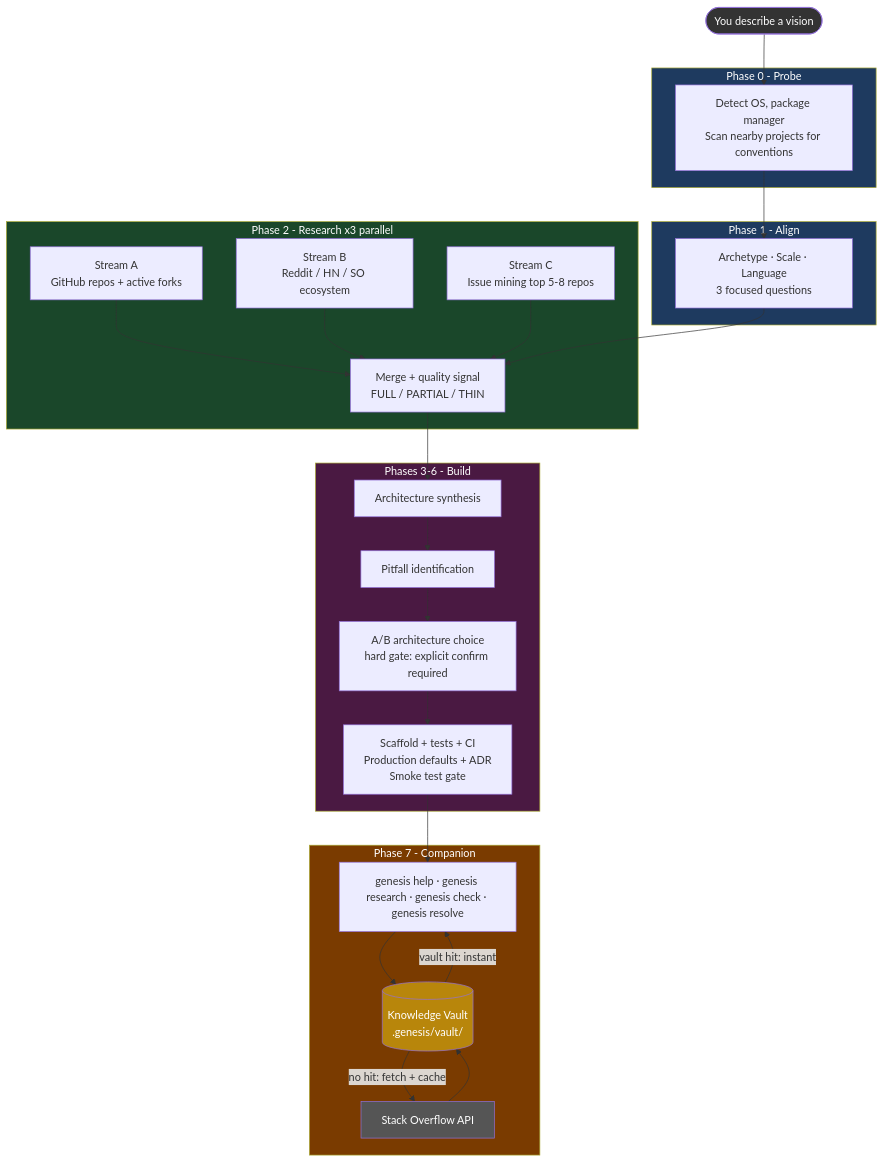
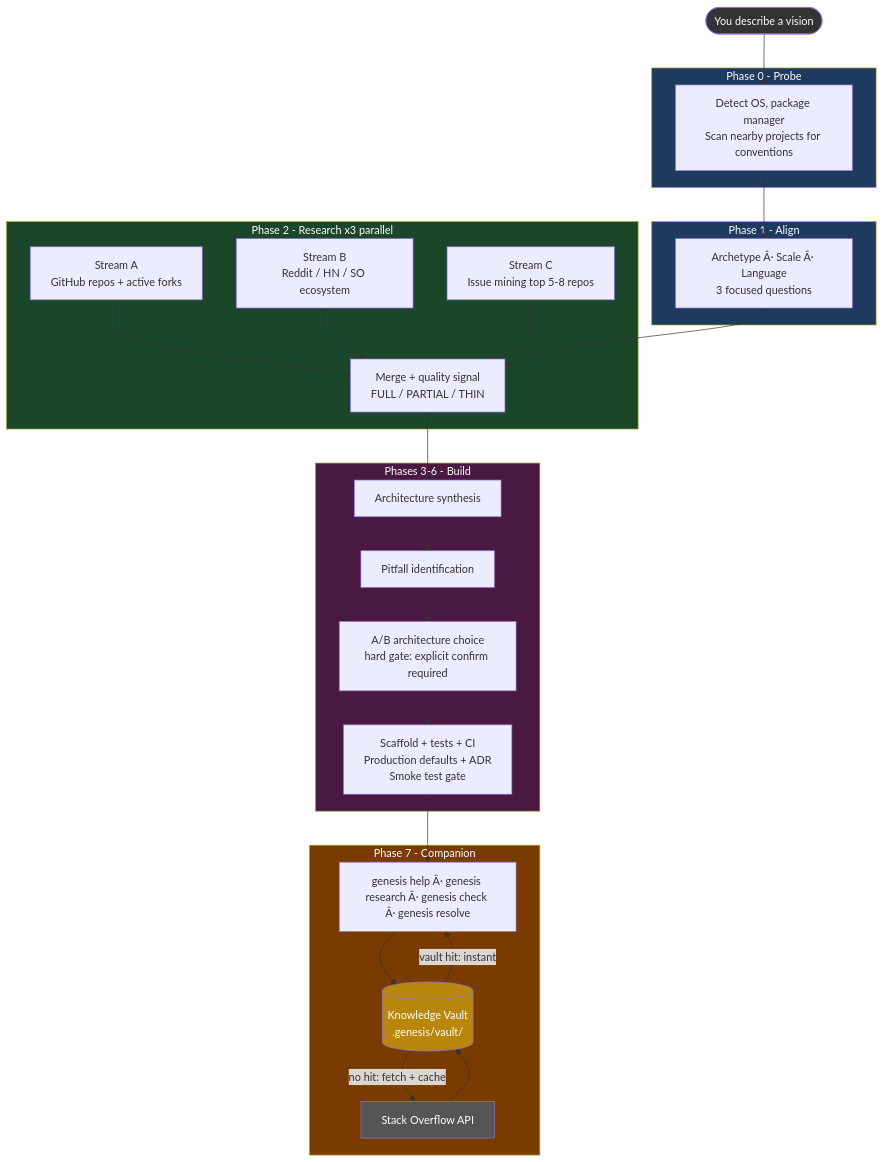
The diagram in README.md (maioio/genesis-architect), drawn with Mermaid before and after one commit. The commit also changed other lines of this file, not shown here.

````diff
--- a/README.md
+++ b/README.md
@@ -185,45 +185,45 @@
 ```mermaid
 flowchart TD
     A([You describe a vision]) --> B
 
     subgraph P0["Phase 0 - Probe"]
         B[Detect OS, package manager\nScan nearby projects for conventions]
     end
 
     subgraph P1["Phase 1 - Align"]
-        C[Archetype · Scale · Language\n3 focused questions]
+        C[Archetype Â· Scale Â· Language\n3 focused questions]
     end
 
     subgraph P2["Phase 2 - Research x3 parallel"]
         D1[Stream A\nGitHub repos + active forks]
         D2[Stream B\nReddit / HN / SO ecosystem]
         D3[Stream C\nIssue mining top 5-8 repos]
         D1 & D2 & D3 --> E[Merge + quality signal\nFULL / PARTIAL / THIN]
     end
 
     subgraph P3456["Phases 3-6 - Build"]
         F[Architecture synthesis] --> G[Pitfall identification]
         G --> H[A/B architecture choice\nhard gate: explicit confirm required]
         H --> I[Scaffold + tests + CI\nProduction defaults + ADR\nSmoke test gate]
     end
 
     subgraph P7["Phase 7 - Companion"]
-        J[genesis help · genesis research · genesis check · genesis resolve]
+        J[genesis help Â· genesis research Â· genesis check Â· genesis resolve]
         J --> K[(Knowledge Vault\n.genesis/vault/)]
         K -->|vault hit: instant| J
         K -->|no hit: fetch + cache| L[Stack Overflow API]
         L --> K
     end
 
     B --> C --> E --> F
     I --> J
 
     style P0 fill:#1e3a5f,color:#fff
     style P1 fill:#1e3a5f,color:#fff
     style P2 fill:#1a472a,color:#fff
     style P3456 fill:#4a1942,color:#fff
     style P7 fill:#7a3b00,color:#fff
     style K fill:#b8860b,color:#fff
     style L fill:#555,color:#fff
     style A fill:#333,color:#fff
 ```
````
